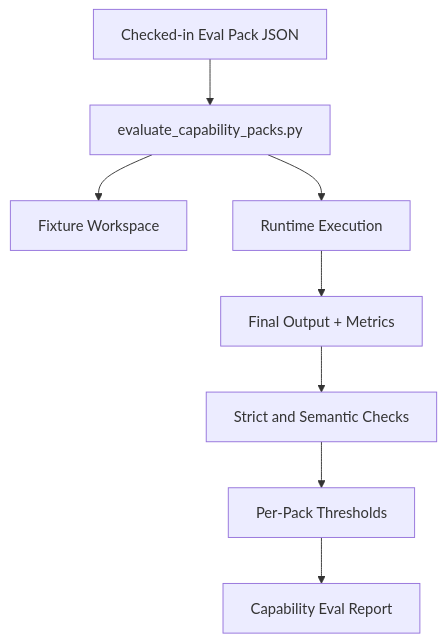
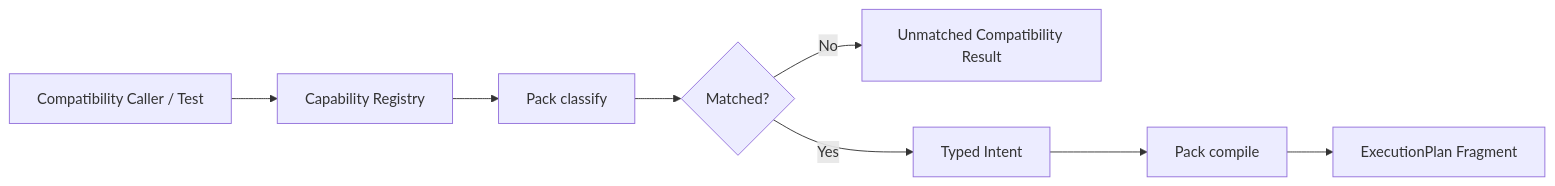
Before and after one commit to vinithbraj/openfabric: the eighth of 9 diagrams in docs/MERMAID_DIAGRAMS.md, drawn with Mermaid. The commit also changed other lines of this file and 105 other files, not shown here.

Commit message:
Document current OpenFABRIC architecture

````diff
--- a/docs/MERMAID_DIAGRAMS.md
+++ b/docs/MERMAID_DIAGRAMS.md
@@ -50,10 +138,10 @@
 ```mermaid
-flowchart TD
-    A[Checked-in Eval Pack JSON] --> B[evaluate_capability_packs.py]
-    B --> C[Fixture Workspace]
-    B --> D[Runtime Execution]
-    D --> E[Final Output + Metrics]
-    E --> F[Strict and Semantic Checks]
-    F --> G[Per-Pack Thresholds]
-    G --> H[Capability Eval Report]
+flowchart LR
+    A[Compatibility Caller / Test] --> B[Capability Registry]
+    B --> C[Pack classify]
+    C --> D{Matched?}
+    D -->|No| E[Unmatched Compatibility Result]
+    D -->|Yes| F[Typed Intent]
+    F --> G[Pack compile]
+    G --> H[ExecutionPlan Fragment]
 ```
````
